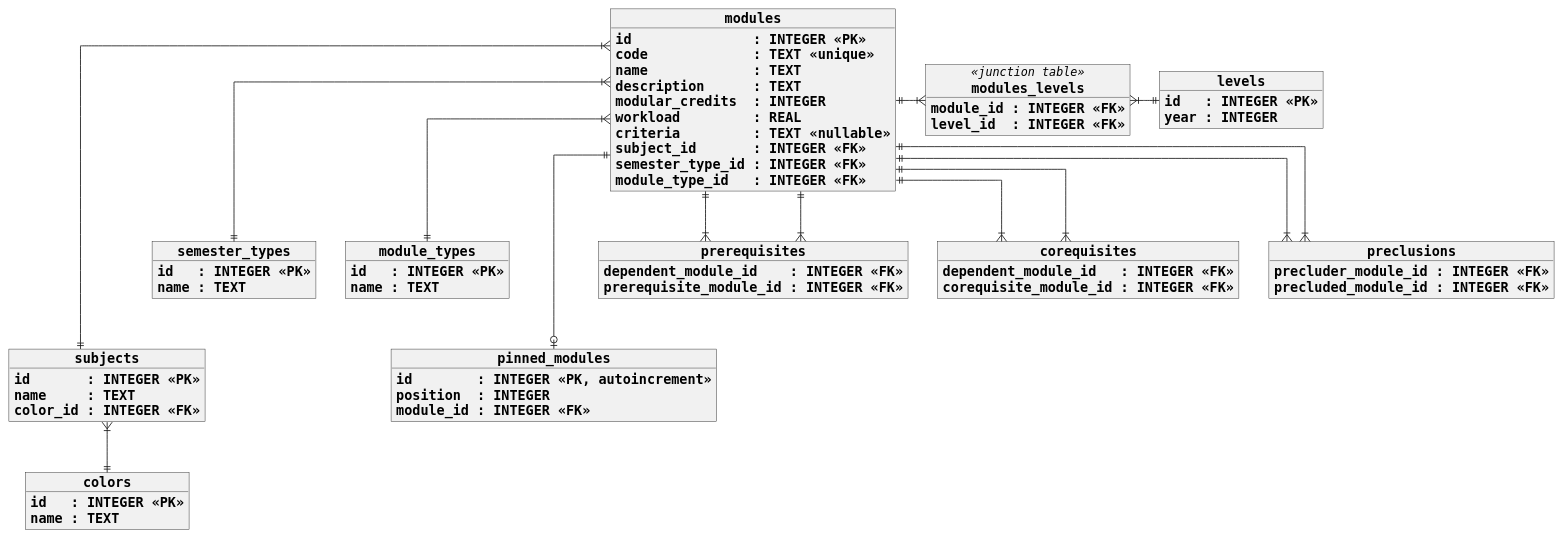
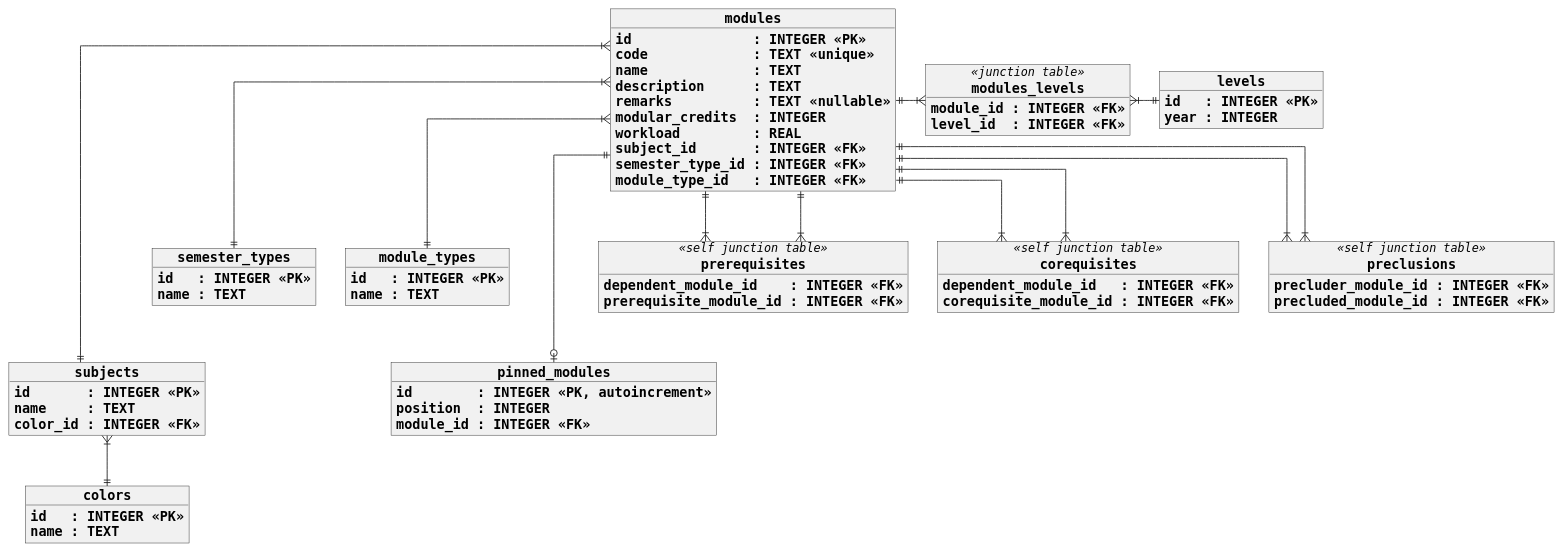
One commit to cervonwong/nush-modules changed the diagram in puml/database.puml. Above: the diagram before and after it, drawn with PlantUML.

Commit message:
Reorder and rename columns, and add stereotypes to tables (#46)
* Reorder modules table column "criteria" to right below "description"

* Rename table "modules" column "criteria" to "remarks"

* Add stereotypes to prereq, coreq, and preclu tables

```diff
--- a/puml/database.puml
+++ b/puml/database.puml
@@ -1,96 +1,96 @@
 @startuml
 
 skinparam objectFontName Monospaced
 skinparam objectAttributeFontName Monospaced
 skinparam objectStereotypeFontName Monospaced
 
 skinparam objectAttributeFontSize 16
 skinparam objectFontSize 16
 skinparam objectStereotypeFontSize 14
 
 skinparam objectFontStyle bold
 
 skinparam linetype ortho
 skinparam shadowing false
 
 object modules {
 	id               : INTEGER <<PK>>
 	code             : TEXT <<unique>>
 	name             : TEXT
 	description      : TEXT
+	remarks          : TEXT <<nullable>>
 	modular_credits  : INTEGER
 	workload         : REAL
-	criteria         : TEXT <<nullable>>
 	subject_id       : INTEGER <<FK>>
 	semester_type_id : INTEGER <<FK>>
 	module_type_id   : INTEGER <<FK>>
 }
 
 object subjects {
 	id       : INTEGER <<PK>>
 	name     : TEXT
 	color_id : INTEGER <<FK>>
 }
 
 object colors {
 	id   : INTEGER <<PK>>
 	name : TEXT
 }
 
 object semester_types {
 	id   : INTEGER <<PK>>
 	name : TEXT
 }
 
 object levels {
 	id   : INTEGER <<PK>>
 	year : INTEGER
 }
 
 object modules_levels <<junction table>> {
 	module_id : INTEGER <<FK>>
 	level_id  : INTEGER <<FK>>
 }
 
 object module_types {
 	id   : INTEGER <<PK>>
 	name : TEXT
 }
 
 object pinned_modules {
 	id        : INTEGER <<PK, autoincrement>>
 	position  : INTEGER
 	module_id : INTEGER <<FK>>
 }
 
 modules }|---|| subjects
 subjects }|--|| colors
 modules }|--|| semester_types
 modules ||-|{ modules_levels
 modules_levels }|-|| levels
 modules }|--|| module_types
 modules ||---o| pinned_modules
 
-object prerequisites {
+object prerequisites <<self junction table>> {
 	dependent_module_id    : INTEGER <<FK>>
 	prerequisite_module_id : INTEGER <<FK>>
 }
 
-object corequisites {
+object corequisites <<self junction table>> {
 	dependent_module_id   : INTEGER <<FK>>
 	corequisite_module_id : INTEGER <<FK>>
 }
 
-object preclusions {
+object preclusions <<self junction table>> {
 	precluder_module_id : INTEGER <<FK>>
 	precluded_module_id : INTEGER <<FK>>
 }
 
 modules ||--|{ prerequisites
 prerequisites }|--|| modules
 modules ||--|{ corequisites
 corequisites }|--|| modules
 modules ||--|{ preclusions
 preclusions }|--|| modules
 
 @enduml
```
